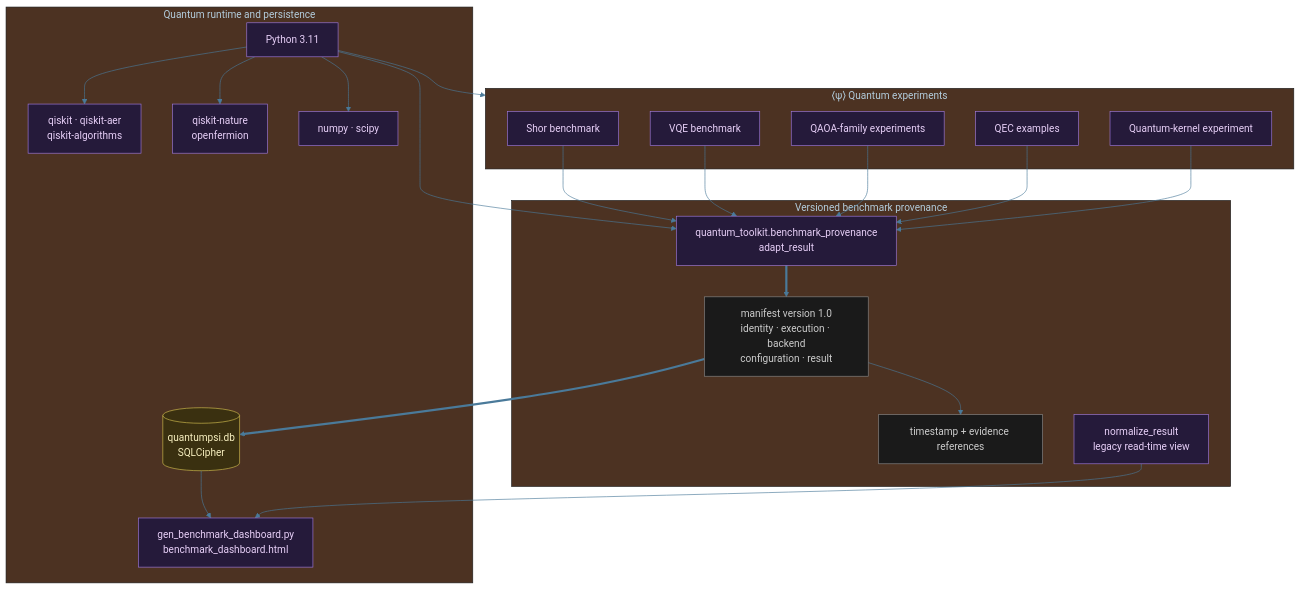
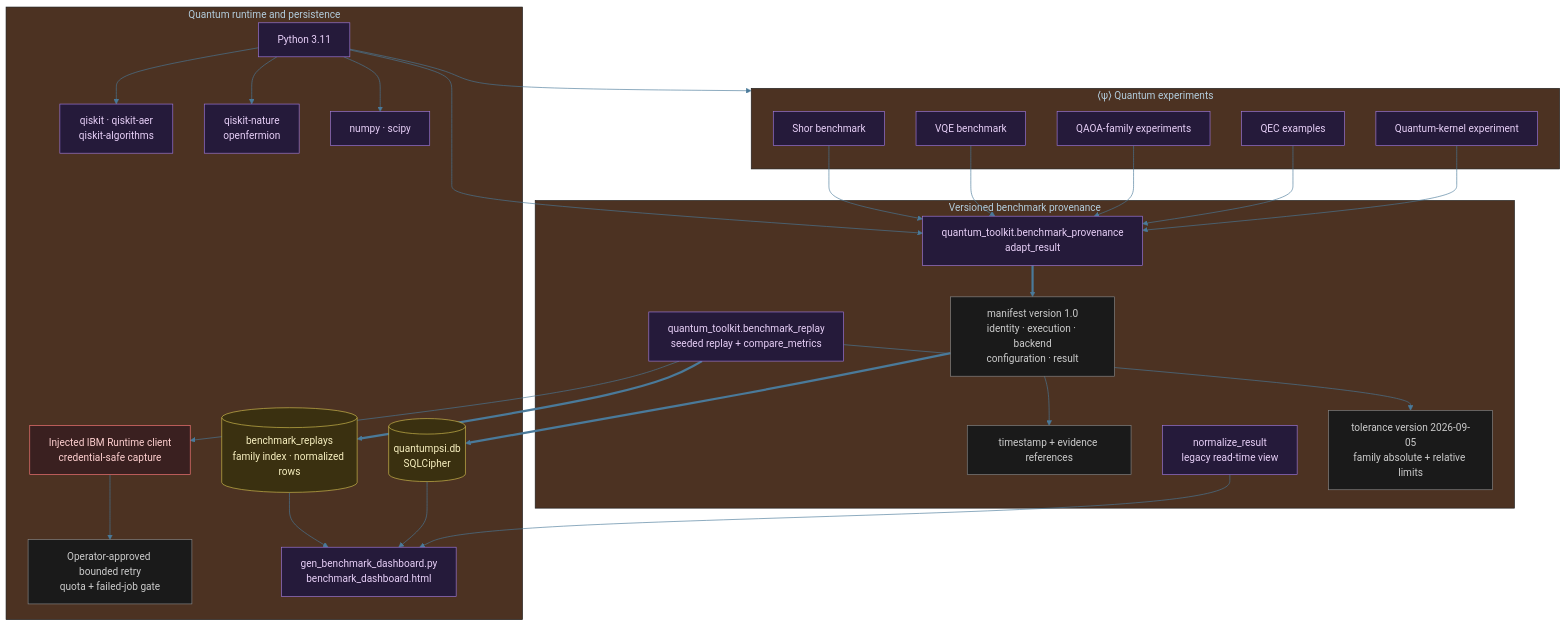
The diagram in diagrams/quantum-tech-stack.mmd (tylerdrakemusic/Quantum), drawn with Mermaid before and after one commit. The commit also changed 9 other files, not shown here.

Commit message:
⟨ψ⟩ quantum: add cross-family benchmark replay provenance

```diff
--- a/diagrams/quantum-tech-stack.mmd
+++ b/diagrams/quantum-tech-stack.mmd
@@ -1,48 +1,43 @@
 %%{init: {'theme': 'base', 'themeVariables': {'primaryColor': '#1a2e3a', 'primaryTextColor': '#d0ecf8', 'edgeLabelBackground': '#0f1318', 'lineColor': '#4a7a9a'}}}%%
 graph TB
     subgraph Experiments["⟨ψ⟩ Quantum experiments"]
         Shor[Shor benchmark]:::quantum
         VQE[VQE benchmark]:::quantum
         QAOA[QAOA-family experiments]:::quantum
         QEC[QEC examples]:::quantum
         Kernel[Quantum-kernel experiment]:::quantum
     end
     subgraph Provenance["Versioned benchmark provenance"]
         Adapter[quantum_toolkit.benchmark_provenance<br/>adapt_result]:::quantum
+        Replay[quantum_toolkit.benchmark_replay<br/>seeded replay + compare_metrics]:::quantum
         Manifest[manifest version 1.0<br/>identity · execution · backend<br/>configuration · result]:::state
         Evidence[timestamp + evidence references]:::state
         Legacy[normalize_result<br/>legacy read-time view]:::quantum
+        Tolerance[tolerance version 2026-09-05<br/>family absolute + relative limits]:::state
     end
     subgraph Runtime["Quantum runtime and persistence"]
         Python[Python 3.11]:::quantum
         Qiskit[qiskit · qiskit-aer<br/>qiskit-algorithms]:::quantum
         Chem[qiskit-nature<br/>openfermion]:::quantum
         Numpy[numpy · scipy]:::quantum
+        IBMRuntime[Injected IBM Runtime client<br/>credential-safe capture]:::ext
+        Resubmit[Operator-approved bounded retry<br/>quota + failed-job gate]:::state
         Database[(quantumpsi.db<br/>SQLCipher)]:::db
+        ReplayTable[(benchmark_replays<br/>family index · normalized rows)]:::db
         Dashboard[gen_benchmark_dashboard.py<br/>benchmark_dashboard.html]:::quantum
     end
-    Shor --> Adapter
-    VQE --> Adapter
-    QAOA --> Adapter
-    QEC --> Adapter
-    Kernel --> Adapter
-    Python --> Experiments
-    Python --> Adapter
-    Python --> Qiskit
-    Python --> Chem
-    Python --> Numpy
-    Adapter ==> Manifest
-    Manifest --> Evidence
-    Manifest ==> Database
-    Database --> Dashboard
-    Legacy --> Dashboard
+    Shor --> Adapter; VQE --> Adapter; QAOA --> Adapter; QEC --> Adapter; Kernel --> Adapter
+    Python --> Experiments; Python --> Adapter; Python --> Qiskit; Python --> Chem; Python --> Numpy
+    Adapter ==> Manifest; Manifest --> Evidence; Manifest ==> Database
+    Replay --> Tolerance; Replay --> IBMRuntime --> Resubmit; Replay ==> ReplayTable --> Dashboard
+    Database --> Dashboard; Legacy --> Dashboard
 
 classDef life     fill:#1a2e3a,stroke:#6ab4d4,color:#d0ecf8
 classDef music    fill:#3a1a24,stroke:#d47a8f,color:#f8d0dc
 classDef quantum  fill:#251a3a,stroke:#a07adf,color:#e8d0f8
 classDef manifest fill:#3a2e1a,stroke:#d4a96a,color:#f8ead0
 classDef ws       fill:#1a3a30,stroke:#6ad4b4,color:#d0f8ee
 classDef tyler    fill:#2a1a3a,stroke:#9e4aff,color:#fff
 classDef ext      fill:#3a2020,stroke:#ff7a7a,color:#ffd0d0
 classDef db       fill:#3a3010,stroke:#d4c050,color:#f8f0c0
 classDef state    fill:#1a1a1a,stroke:#888888,color:#cccccc
```
